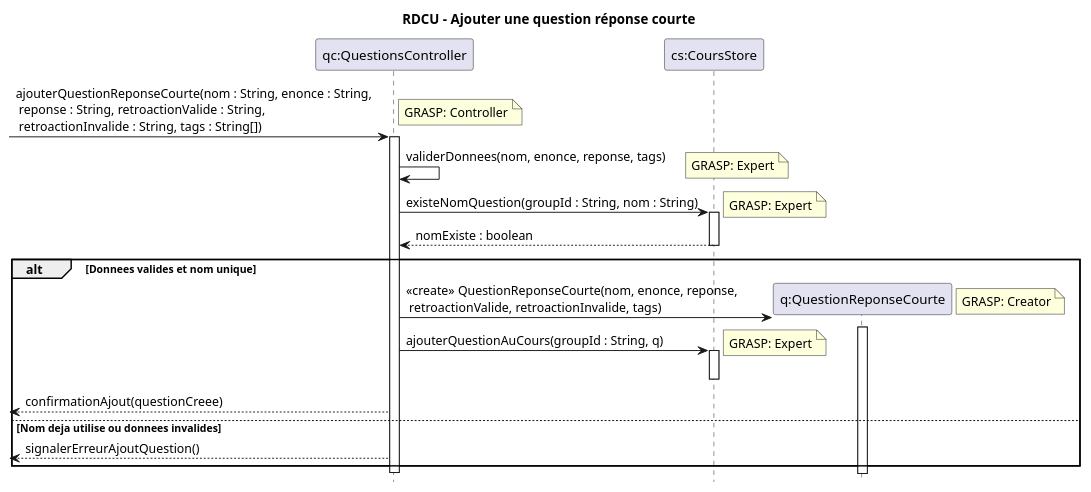
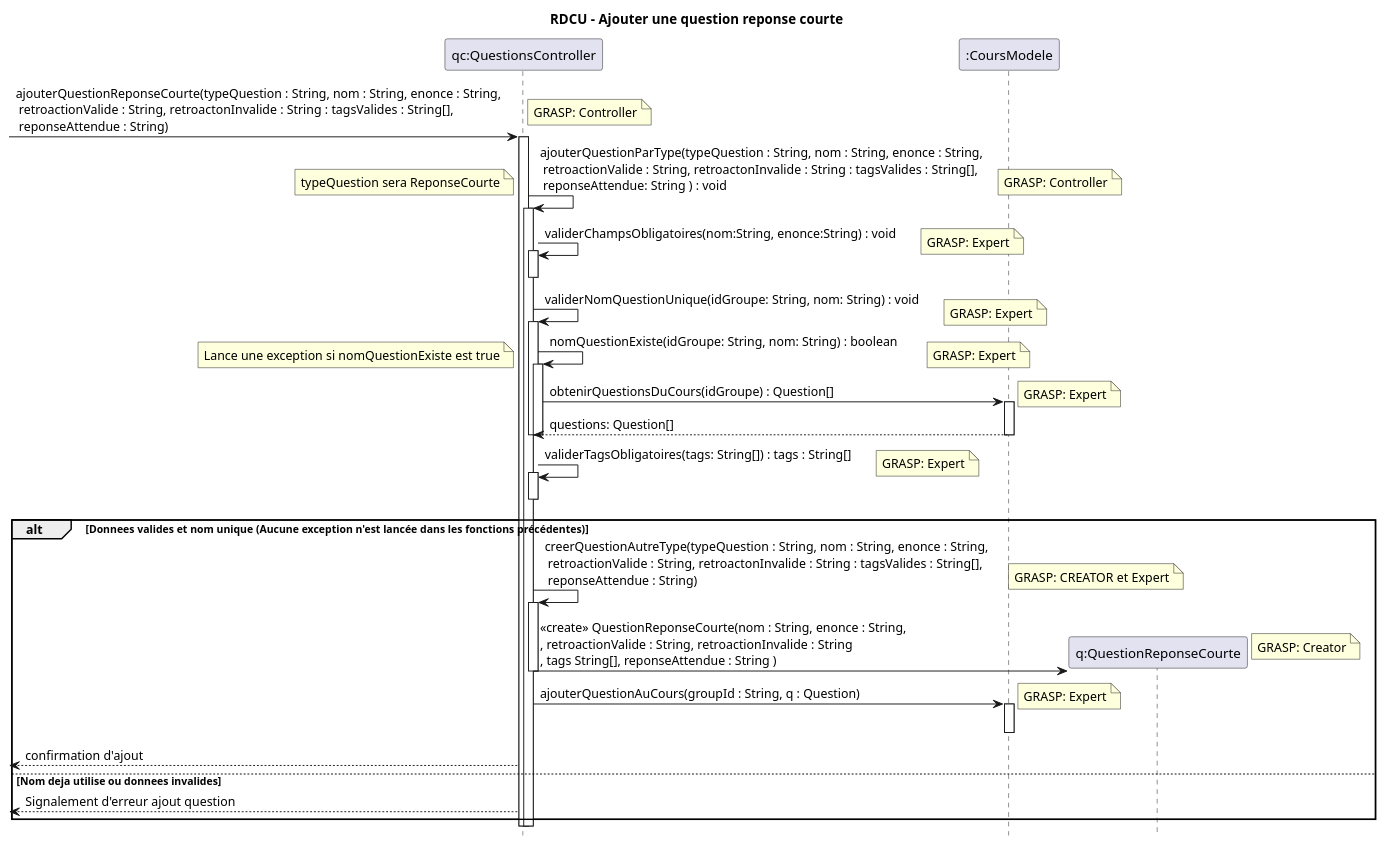
One commit to xMrYahya/moodle-clone changed the diagram in docs/modeles/cu02/rdcu-ajouter-question-reponse-courte.puml. Above: the diagram before and after it, drawn with PlantUML. The commit also changed 26 other files, not shown here.

Commit message:
Fix des diagrams ajout et modifier

```diff
--- a/docs/modeles/cu02/rdcu-ajouter-question-reponse-courte.puml
+++ b/docs/modeles/cu02/rdcu-ajouter-question-reponse-courte.puml
@@ -1,40 +1,64 @@
 @startuml
 hide footbox
-title RDCU - Ajouter une question réponse courte
+title RDCU - Ajouter une question reponse courte
 
 participant "qc:QuestionsController" as QC
-participant "cs:CoursStore" as CS
+participant ":CoursModele" as CM
 participant "q:QuestionReponseCourte" as Q
 
--> QC : ajouterQuestionReponseCourte(nom : String, enonce : String,\n reponse : String, retroactionValide : String,\n retroactionInvalide : String, tags : String[])
+-> QC : ajouterQuestionReponseCourte(typeQuestion : String, nom : String, enonce : String,\n retroactionValide : String, retroactonInvalide : String : tagsValides : String[],\n reponseAttendue : String)
 note right: GRASP: Controller
+
 activate QC
 
-QC -> QC : validerDonnees(nom, enonce, reponse, tags)
+QC -> QC ++: ajouterQuestionParType(typeQuestion : String, nom : String, enonce : String,\n retroactionValide : String, retroactonInvalide : String : tagsValides : String[],\n reponseAttendue: String ) : void
+note left: typeQuestion sera ReponseCourte
+note right: GRASP: Controller
+
+
+QC -> QC ++: validerChampsObligatoires(nom:String, enonce:String) : void
 note right: GRASP: Expert
 
-QC -> CS : existeNomQuestion(groupId : String, nom : String)
+deactivate QC
+
+QC -> QC ++: validerNomQuestionUnique(idGroupe: String, nom: String) : void
 note right: GRASP: Expert
-activate CS
-CS --> QC : nomExiste : boolean
-deactivate CS
 
-alt Donnees valides et nom unique
-  create Q
-  QC -> Q : <<create>> QuestionReponseCourte(nom, enonce, reponse,\n retroactionValide, retroactionInvalide, tags)
+QC -> QC ++: nomQuestionExiste(idGroupe: String, nom: String) : boolean
+note left: Lance une exception si nomQuestionExiste est true
+note right: GRASP: Expert
+
+
+QC -> CM ++: obtenirQuestionsDuCours(idGroupe) : Question[]
+note right: GRASP: Expert
+CM --> QC --: questions: Question[]
+deactivate QC
+deactivate QC
+
+QC -> QC ++: validerTagsObligatoires(tags: String[]) : tags : String[]
+note right: GRASP: Expert
+deactivate QC
+
+alt Donnees valides et nom unique (Aucune exception n'est lancée dans les fonctions précédentes)
+  QC -> QC ++: creerQuestionAutreType(typeQuestion : String, nom : String, enonce : String,\n retroactionValide : String, retroactonInvalide : String : tagsValides : String[],\n reponseAttendue : String)
+  note right: GRASP: CREATOR et Expert
+
+
+  QC -> Q **: <<create>> QuestionReponseCourte(nom : String, enonce : String,\n, retroactionValide : String, retroactionInvalide : String \n, tags String[], reponseAttendue : String )
   note right: GRASP: Creator
-  activate Q
-  deactivate Q
 
-  QC -> CS : ajouterQuestionAuCours(groupId : String, q)
+  deactivate QC
+  QC -> CM : ajouterQuestionAuCours(groupId : String, q : Question)
   note right: GRASP: Expert
-  activate CS
-  deactivate CS
+  activate CM
+  deactivate CM
 
-  <-- QC : confirmationAjout(questionCreee)
+    <-- QC : confirmation d'ajout
 else Nom deja utilise ou donnees invalides
-  <-- QC : signalerErreurAjoutQuestion()
+    <-- QC : Signalement d'erreur ajout question
+
 end
+deactivate QC
+deactivate QC
 
-deactivate QC
 @enduml
```
